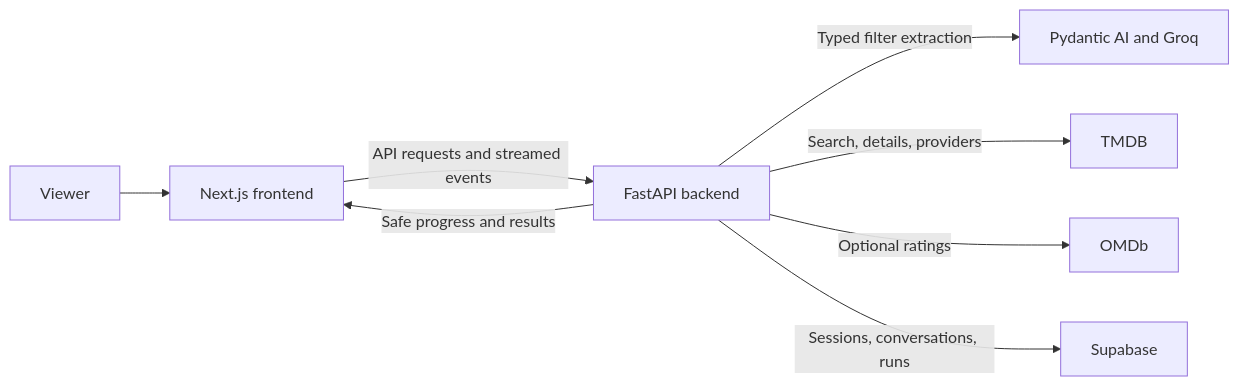
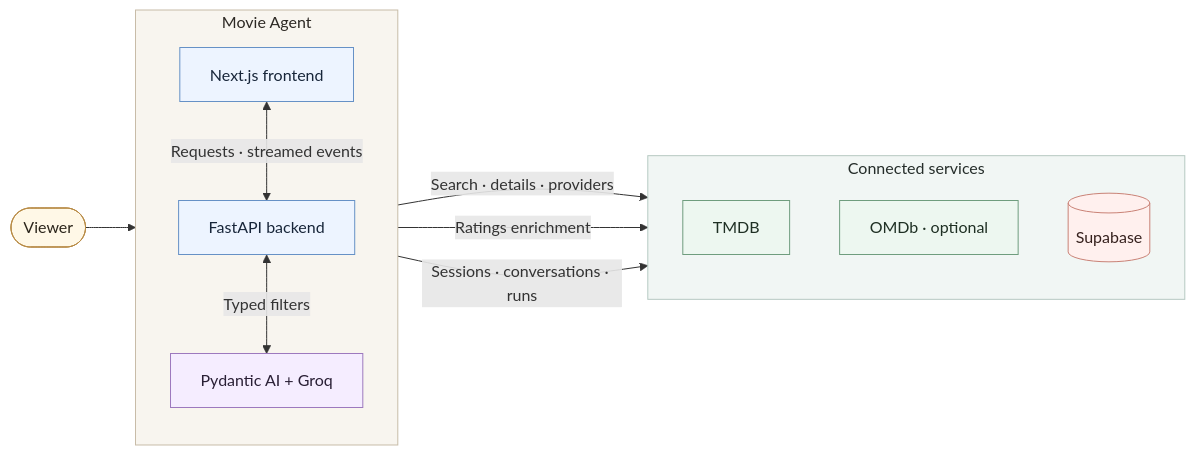
One commit to b0c-beep/movie-agent changed the diagram in README.md. Above: the diagram before and after it, drawn with Mermaid. The commit also changed other lines of this file, not shown here.

Commit message:
Polish README architecture diagram

````diff
--- a/README.md
+++ b/README.md
@@ -19,10 +19,34 @@
 ```mermaid
 flowchart LR
-  viewer[Viewer] --> web[Next.js frontend]
-  web -->|API requests and streamed events| api[FastAPI backend]
-  api -->|Typed filter extraction| model[Pydantic AI and Groq]
-  api -->|Search, details, providers| tmdb[TMDB]
-  api -->|Optional ratings| omdb[OMDb]
-  api -->|Sessions, conversations, runs| db[Supabase]
-  api -->|Safe progress and results| web
+  viewer([Viewer])
+  subgraph app[Movie Agent]
+    direction TB
+    web[Next.js frontend]
+    api[FastAPI backend]
+    model[Pydantic AI + Groq]
+    web <-->|Requests · streamed events| api
+    api <-->|Typed filters| model
+  end
+  subgraph services[Connected services]
+    direction TB
+    tmdb[TMDB]
+    omdb[OMDb · optional]
+    db[(Supabase)]
+  end
+  viewer --> web
+  api -->|Search · details · providers| tmdb
+  api -->|Ratings enrichment| omdb
+  api -->|Sessions · conversations · runs| db
+  classDef visitor fill:#fff8e7,stroke:#b78a45,color:#2b251b
+  classDef appNode fill:#edf4ff,stroke:#6691c6,color:#18263a
+  classDef modelNode fill:#f5edff,stroke:#9d79be,color:#291f35
+  classDef serviceNode fill:#edf7f0,stroke:#6f9d7e,color:#1f3024
+  classDef storeNode fill:#fff0ee,stroke:#c98276,color:#35201d
+  class viewer visitor
+  class web,api appNode
+  class model modelNode
+  class tmdb,omdb serviceNode
+  class db storeNode
+  style app fill:#f8f5ef,stroke:#c8bca8,color:#2d2924
+  style services fill:#f1f6f4,stroke:#b6c9c2,color:#252d2a
 ```
````
